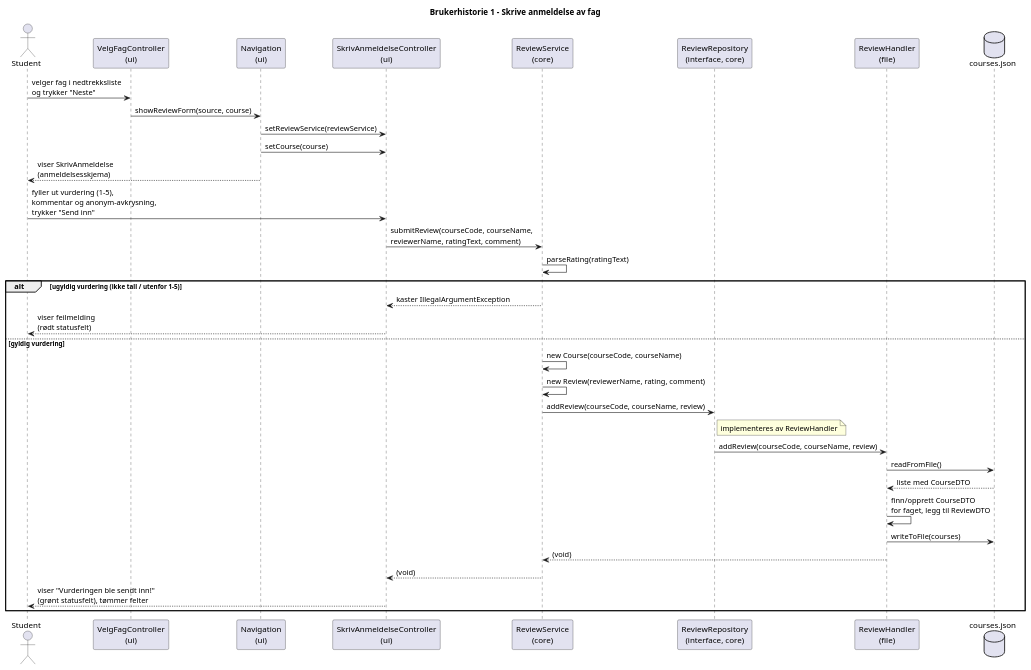
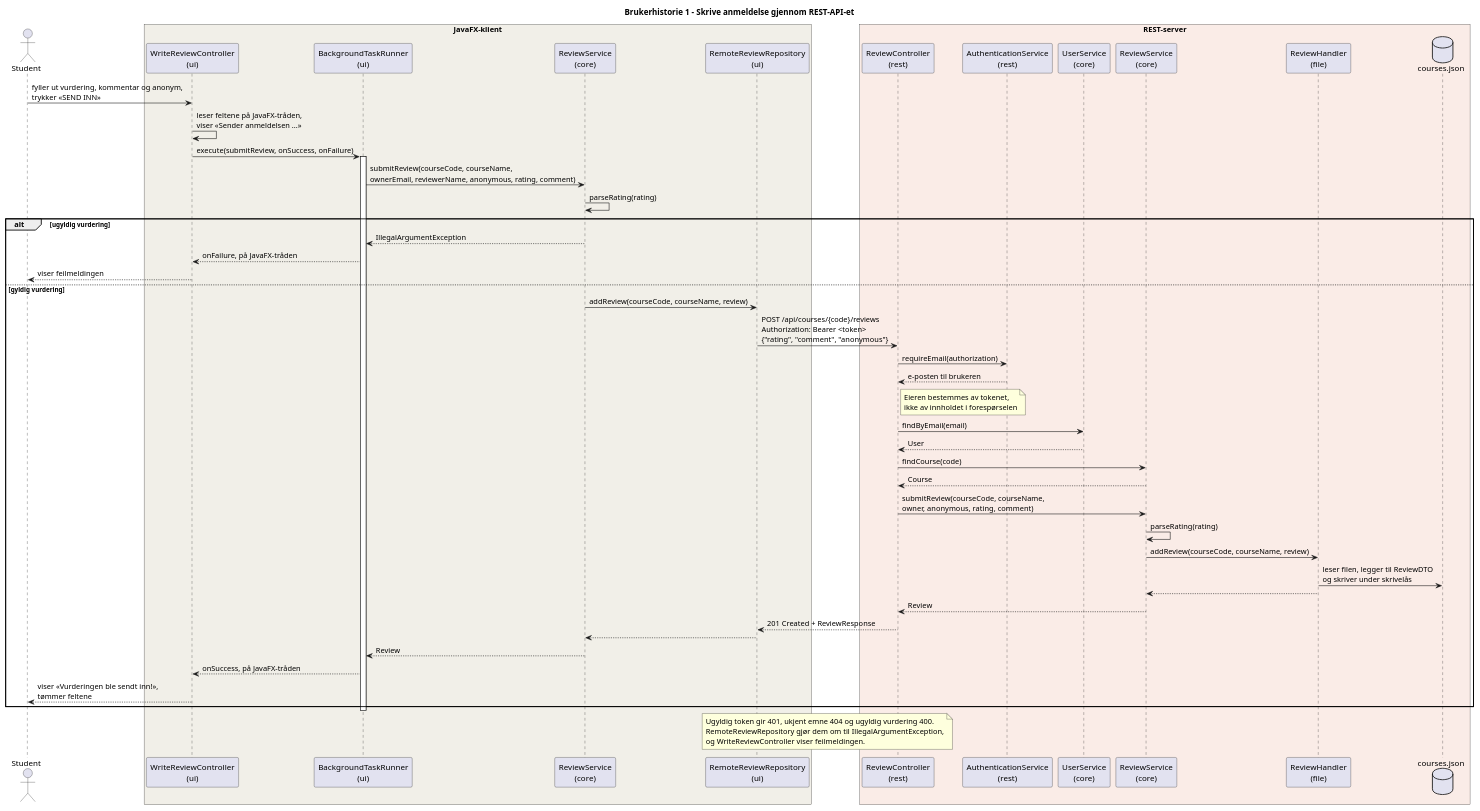
The diagram in arkitektur/brukerhistorie1Sekvensdiagram.puml (JesperBarosen/BIThub), drawn with PlantUML before and after one commit. The commit also changed 1 other file, not shown here.

Commit message:
Oppdater sekvensdiagrammet med REST-kall
Diagrammet viste flyten fra release 2, der ui lagret direkte til fil.
Nå går anmeldelsen fra WriteReviewController gjennom
RemoteReviewRepository og HTTP til ReviewController på serveren, og
videre til ReviewService og ReviewHandler.

ref #208

```diff
--- a/arkitektur/brukerhistorie1Sekvensdiagram.puml
+++ b/arkitektur/brukerhistorie1Sekvensdiagram.puml
@@ -1,42 +1,62 @@
 @startuml brukerhistorie1_skrive_anmeldelse
 
-title Brukerhistorie 1 - Skrive anmeldelse av fag
+title Brukerhistorie 1 - Skrive anmeldelse gjennom REST-API-et
 
 actor "Student" as User
-participant "VelgFagController\n(ui)" as SelectC
-participant "Navigation\n(ui)" as Nav
-participant "SkrivAnmeldelseController\n(ui)" as SkrivC
-participant "ReviewService\n(core)" as Service
-participant "ReviewRepository\n(interface, core)" as Repo
+box "JavaFX-klient" #F1EFE8
+participant "WriteReviewController\n(ui)" as WriteC
+participant "BackgroundTaskRunner\n(ui)" as Runner
+participant "ReviewService\n(core)" as ClientService
+participant "RemoteReviewRepository\n(ui)" as Remote
+end box
+box "REST-server" #FAECE7
+participant "ReviewController\n(rest)" as RestC
+participant "AuthenticationService\n(rest)" as Auth
+participant "UserService\n(core)" as UserS
+participant "ReviewService\n(core)" as ServerService
 participant "ReviewHandler\n(file)" as Handler
 database "courses.json" as File
+end box
 
-User -> SelectC : velger fag i nedtrekksliste\nog trykker "Neste"
-SelectC -> Nav : showReviewForm(source, course)
-Nav -> SkrivC : setReviewService(reviewService)
-Nav -> SkrivC : setCourse(course)
-Nav --> User : viser SkrivAnmeldelse\n(anmeldelsesskjema)
+User -> WriteC : fyller ut vurdering, kommentar og anonym,\ntrykker «SEND INN»
+WriteC -> WriteC : leser feltene på JavaFX-tråden,\nviser «Sender anmeldelsen ...»
+WriteC -> Runner : execute(submitReview, onSuccess, onFailure)
+activate Runner
+Runner -> ClientService : submitReview(courseCode, courseName,\nownerEmail, reviewerName, anonymous, rating, comment)
+ClientService -> ClientService : parseRating(rating)
 
-User -> SkrivC : fyller ut vurdering (1-5),\nkommentar og anonym-avkrysning,\ntrykker "Send inn"
-SkrivC -> Service : submitReview(courseCode, courseName,\nreviewerName, ratingText, comment)
-Service -> Service : parseRating(ratingText)
+alt ugyldig vurdering
+    ClientService --> Runner : IllegalArgumentException
+    Runner --> WriteC : onFailure, på JavaFX-tråden
+    WriteC --> User : viser feilmeldingen
+else gyldig vurdering
+    ClientService -> Remote : addReview(courseCode, courseName, review)
+    Remote -> RestC : POST /api/courses/{code}/reviews\nAuthorization: Bearer <token>\n{"rating", "comment", "anonymous"}
+    RestC -> Auth : requireEmail(authorization)
+    Auth --> RestC : e-posten til brukeren
+    note right of RestC : Eieren bestemmes av tokenet,\nikke av innholdet i forespørselen
+    RestC -> UserS : findByEmail(email)
+    UserS --> RestC : User
+    RestC -> ServerService : findCourse(code)
+    ServerService --> RestC : Course
+    RestC -> ServerService : submitReview(courseCode, courseName,\nowner, anonymous, rating, comment)
+    ServerService -> ServerService : parseRating(rating)
+    ServerService -> Handler : addReview(courseCode, courseName, review)
+    Handler -> File : leser filen, legger til ReviewDTO\nog skriver under skrivelås
+    Handler --> ServerService
+    ServerService --> RestC : Review
+    RestC --> Remote : 201 Created + ReviewResponse
+    Remote --> ClientService
+    ClientService --> Runner : Review
+    Runner --> WriteC : onSuccess, på JavaFX-tråden
+    WriteC --> User : viser «Vurderingen ble sendt inn!»,\ntømmer feltene
+end
+deactivate Runner
 
-alt ugyldig vurdering (ikke tall / utenfor 1-5)
-    Service --> SkrivC : kaster IllegalArgumentException
-    SkrivC --> User : viser feilmelding\n(rødt statusfelt)
-else gyldig vurdering
-    Service -> Service : new Course(courseCode, courseName)
-    Service -> Service : new Review(reviewerName, rating, comment)
-    Service -> Repo : addReview(courseCode, courseName, review)
-    note right of Repo : implementeres av ReviewHandler
-    Repo -> Handler : addReview(courseCode, courseName, review)
-    Handler -> File : readFromFile()
-    File --> Handler : liste med CourseDTO
-    Handler -> Handler : finn/opprett CourseDTO\nfor faget, legg til ReviewDTO
-    Handler -> File : writeToFile(courses)
-    Handler --> Service : (void)
-    Service --> SkrivC : (void)
-    SkrivC --> User : viser "Vurderingen ble sendt inn!"\n(grønt statusfelt), tømmer felter
-end
+note over Remote, RestC
+  Ugyldig token gir 401, ukjent emne 404 og ugyldig vurdering 400.
+  RemoteReviewRepository gjør dem om til IllegalArgumentException,
+  og WriteReviewController viser feilmeldingen.
+end note
 
 @enduml
```
